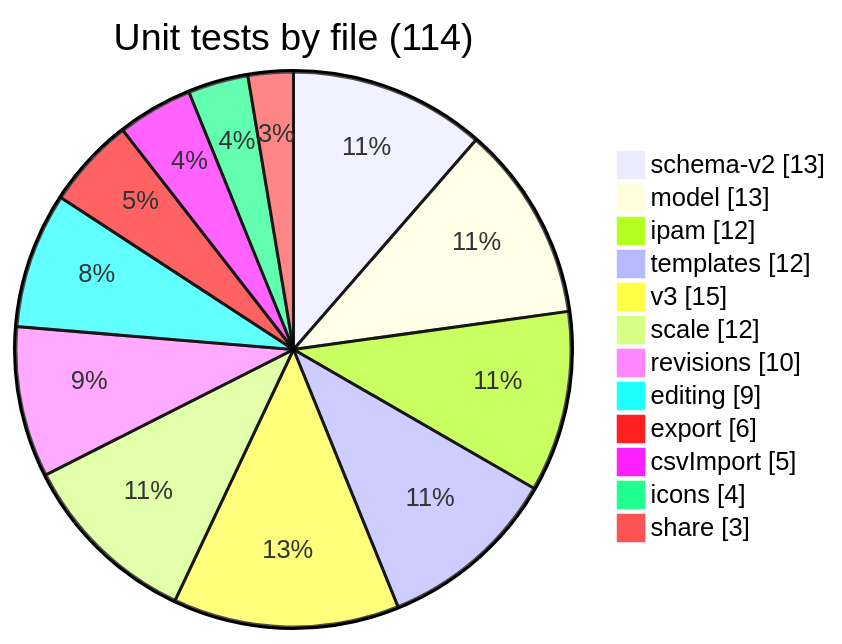
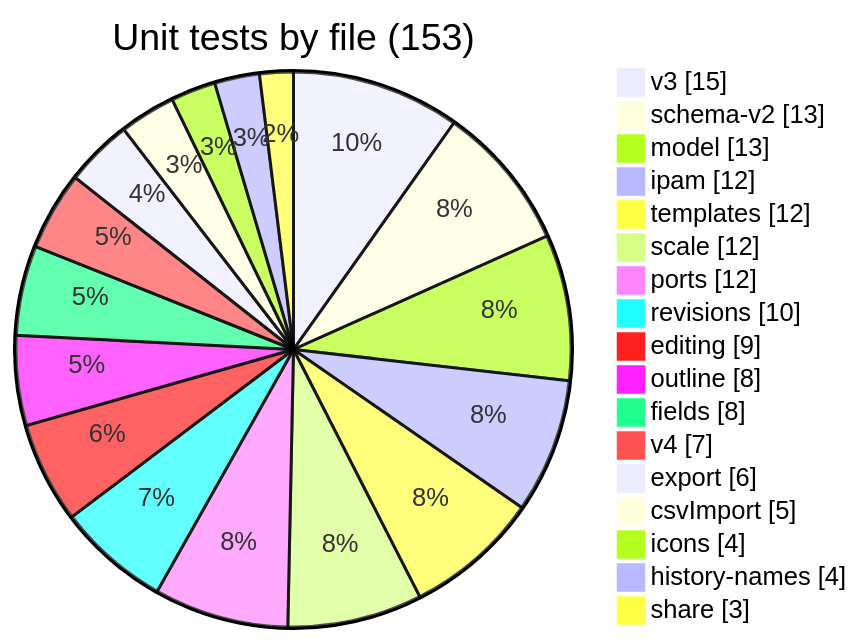
Before and after one commit to vijaykumargowdakk/ReSecArc: diagram 31 of 32 in README.md, drawn with Mermaid. The commit also changed other lines of this file and 3 other files, not shown here.

Commit message:
Docs for the outline view and keyboard connections: README guide, shortcuts, tests and source map; status and decisions

````diff
--- a/README.md
+++ b/README.md
@@ -1184,16 +1206,21 @@
 ```mermaid
 pie showData
-    title Unit tests by file (114)
+    title Unit tests by file (153)
+    "v3" : 15
     "schema-v2" : 13
     "model" : 13
     "ipam" : 12
     "templates" : 12
-    "v3" : 15
     "scale" : 12
+    "ports" : 12
     "revisions" : 10
     "editing" : 9
+    "outline" : 8
+    "fields" : 8
+    "v4" : 7
     "export" : 6
     "csvImport" : 5
     "icons" : 4
+    "history-names" : 4
     "share" : 3
 ```
````
